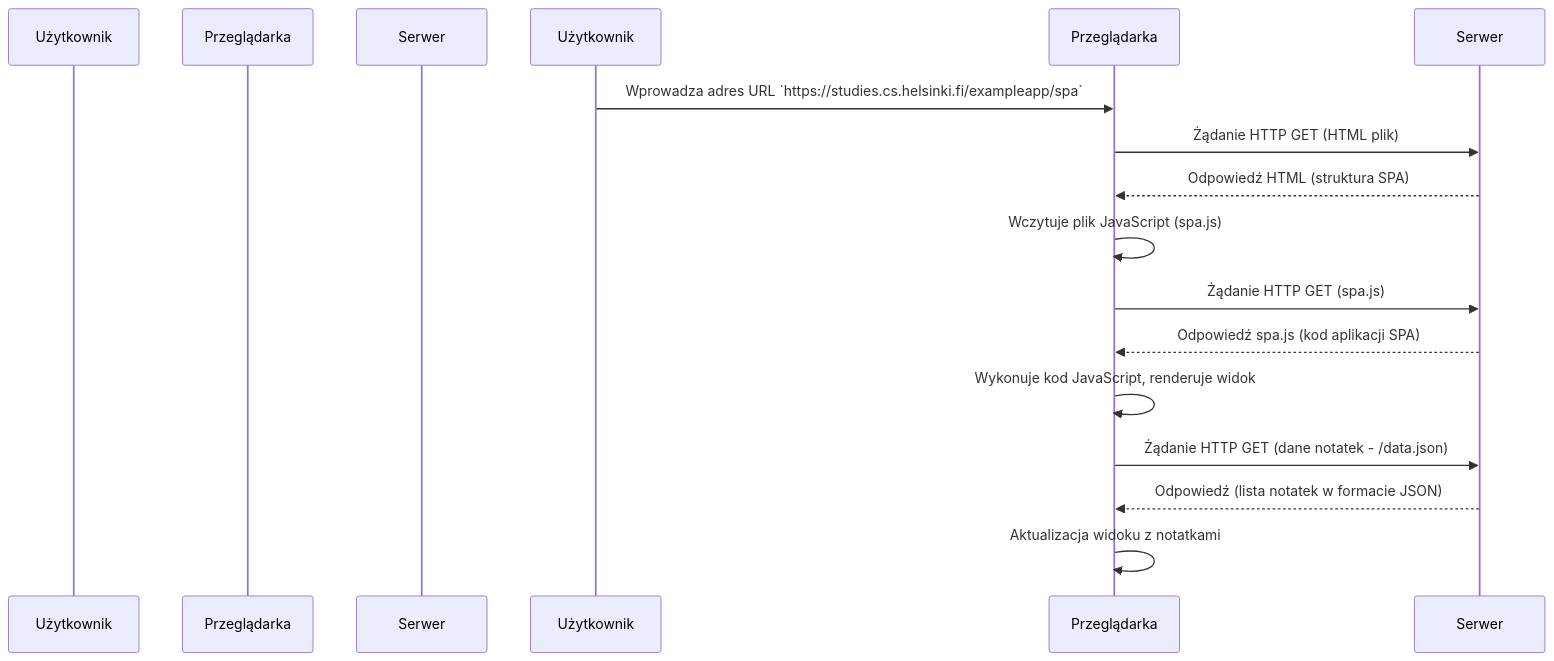
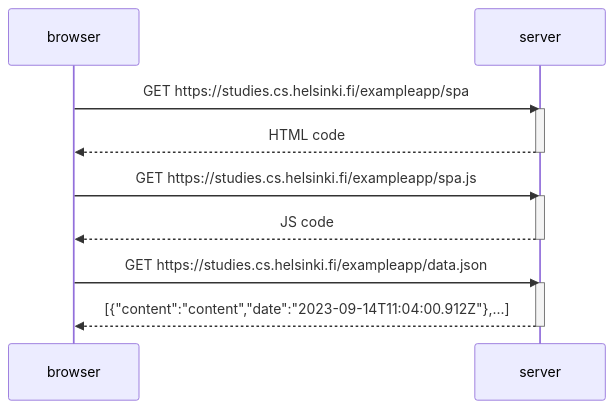
One commit to bober-qwerty/fullstackopen_bober4c changed the diagram in zad05.md. Above: the diagram before and after it, drawn with Mermaid.

````diff
--- a/zad05.md
+++ b/zad05.md
@@ -1,17 +1,20 @@
 ```mermaid
 sequenceDiagram
-    participant User as Użytkownik
-    participant Browser as Przeglądarka
-    participant Server as Serwer
+    participant browser
+    participant server
 
-    Użytkownik->>Przeglądarka: Wprowadza adres URL `https://studies.cs.helsinki.fi/exampleapp/spa`
-    Przeglądarka->>Serwer: Żądanie HTTP GET (HTML plik)
-    Serwer-->>Przeglądarka: Odpowiedź HTML (struktura SPA)
-    Przeglądarka->>Przeglądarka: Wczytuje plik JavaScript (spa.js)
-    Przeglądarka->>Serwer: Żądanie HTTP GET (spa.js)
-    Serwer-->>Przeglądarka: Odpowiedź spa.js (kod aplikacji SPA)
-    Przeglądarka->>Przeglądarka: Wykonuje kod JavaScript, renderuje widok
-    Przeglądarka->>Serwer: Żądanie HTTP GET (dane notatek - /data.json)
-    Serwer-->>Przeglądarka: Odpowiedź (lista notatek w formacie JSON)
-    Przeglądarka->>Przeglądarka: Aktualizacja widoku z notatkami
+    browser->>server: GET https://studies.cs.helsinki.fi/exampleapp/spa
+    activate server
+    server-->>browser: HTML code
+    deactivate server
+
+    browser->>server: GET https://studies.cs.helsinki.fi/exampleapp/spa.js
+    activate server
+    server-->>browser: JS code
+    deactivate server
+
+    browser->>server: GET https://studies.cs.helsinki.fi/exampleapp/data.json
+    activate server
+    server-->>browser: [{"content":"content","date":"2023-09-14T11:04:00.912Z"},...]
+    deactivate server
 ```
````
